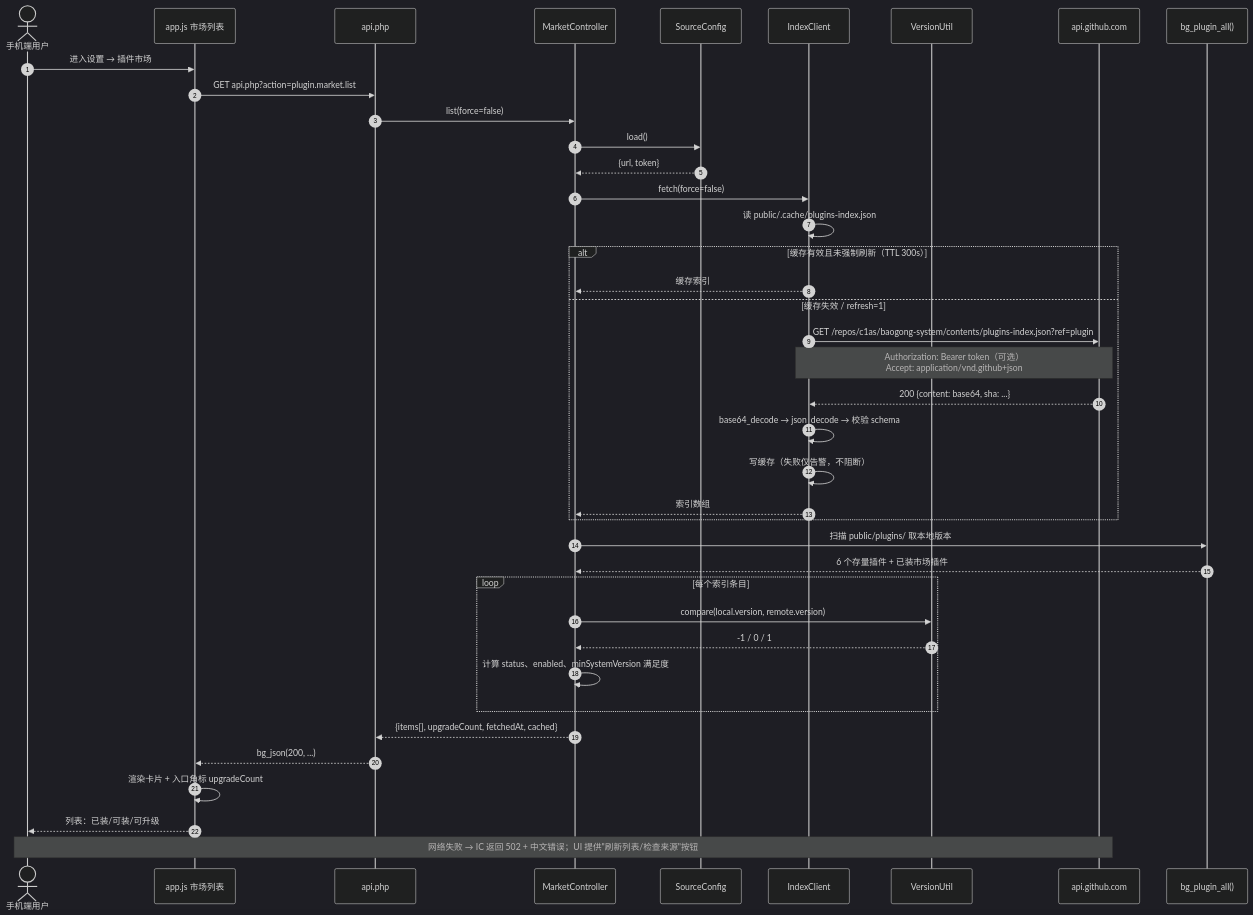
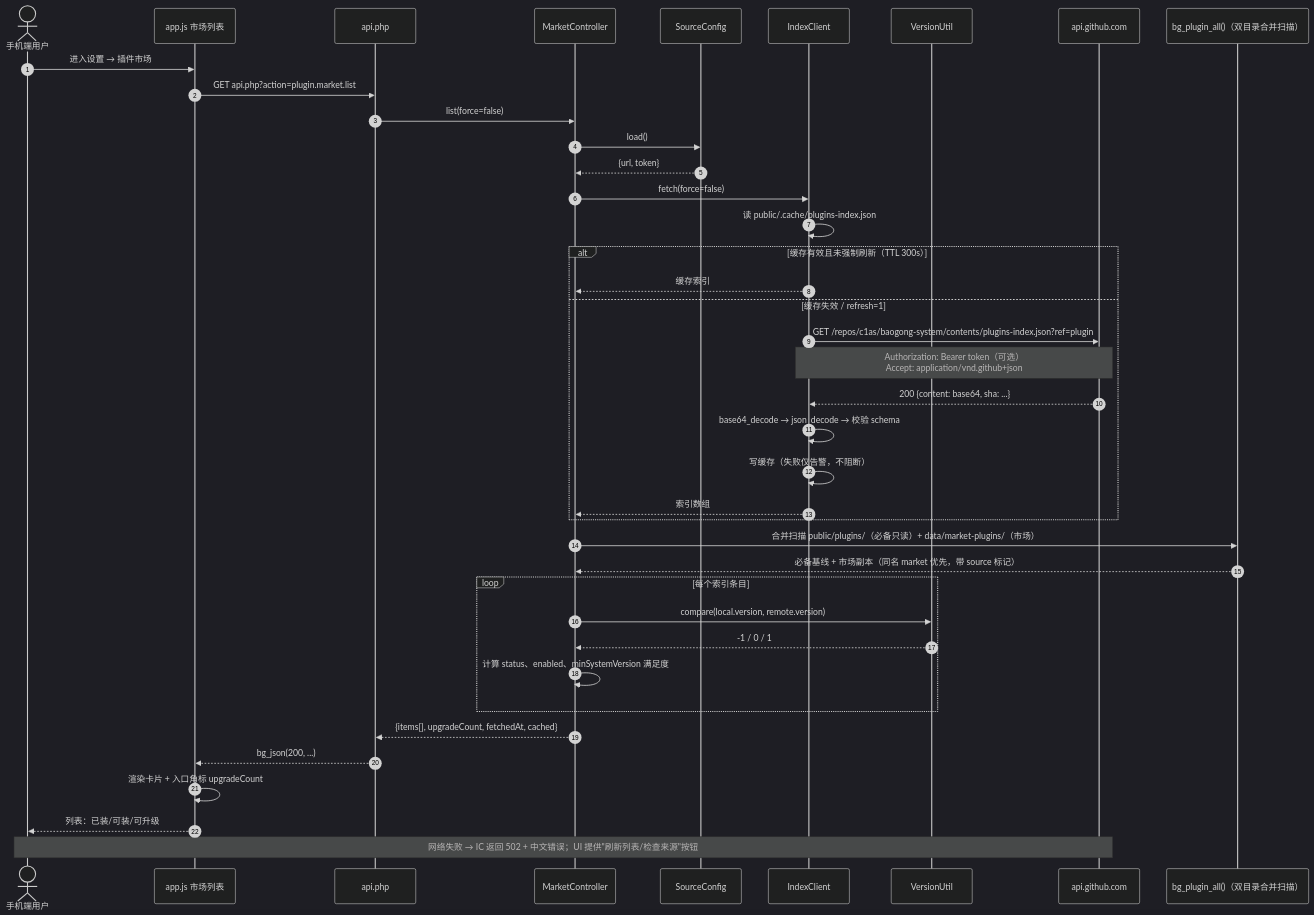
Before and after one commit to c1as/baogong-system: the fourth of 8 diagrams in docs/插件市场-架构设计.md, drawn with Mermaid (dark theme). The commit also changed other lines of this file, not shown here.

Commit message:
docs/v1.1: 双目录策略（必备 public/plugins + 市场 data/market-plugins），U1 定案

````diff
--- a/docs/插件市场-架构设计.md
+++ b/docs/插件市场-架构设计.md
@@ -471,43 +564,43 @@
 ```mermaid
 sequenceDiagram
     autonumber
     actor U as 手机端用户
     participant UI as app.js 市场列表
     participant API as api.php
     participant MC as MarketController
     participant SC as SourceConfig
     participant IC as IndexClient
     participant VH as VersionUtil
     participant GH as api.github.com
-    participant LOC as bg_plugin_all()
+    participant LOC as bg_plugin_all()（双目录合并扫描）
 
     U->>UI: 进入设置 → 插件市场
     UI->>API: GET api.php?action=plugin.market.list
     API->>MC: list(force=false)
     MC->>SC: load()
     SC-->>MC: {url, token}
     MC->>IC: fetch(force=false)
     IC->>IC: 读 public/.cache/plugins-index.json
     alt 缓存有效且未强制刷新（TTL 300s）
         IC-->>MC: 缓存索引
     else 缓存失效 / refresh=1
         IC->>GH: GET /repos/c1as/baogong-system/contents/plugins-index.json?ref=plugin
         Note over IC,GH: Authorization: Bearer token（可选）<br/>Accept: application/vnd.github+json
         GH-->>IC: 200 {content: base64, sha: ...}
         IC->>IC: base64_decode → json_decode → 校验 schema
         IC->>IC: 写缓存（失败仅告警，不阻断）
         IC-->>MC: 索引数组
     end
-    MC->>LOC: 扫描 public/plugins/ 取本地版本
-    LOC-->>MC: 6 个存量插件 + 已装市场插件
+    MC->>LOC: 合并扫描 public/plugins/（必备只读）+ data/market-plugins/（市场）
+    LOC-->>MC: 必备基线 + 市场副本（同名 market 优先，带 source 标记）
     loop 每个索引条目
         MC->>VH: compare(local.version, remote.version)
         VH-->>MC: -1 / 0 / 1
         MC->>MC: 计算 status、enabled、minSystemVersion 满足度
     end
     MC-->>API: {items[], upgradeCount, fetchedAt, cached}
     API-->>UI: bg_json(200, ...)
     UI->>UI: 渲染卡片 + 入口角标 upgradeCount
     UI-->>U: 列表：已装/可装/可升级
     Note over U,GH: 网络失败 → IC 返回 502 + 中文错误；UI 提供"刷新列表/检查来源"按钮
 ```
````
